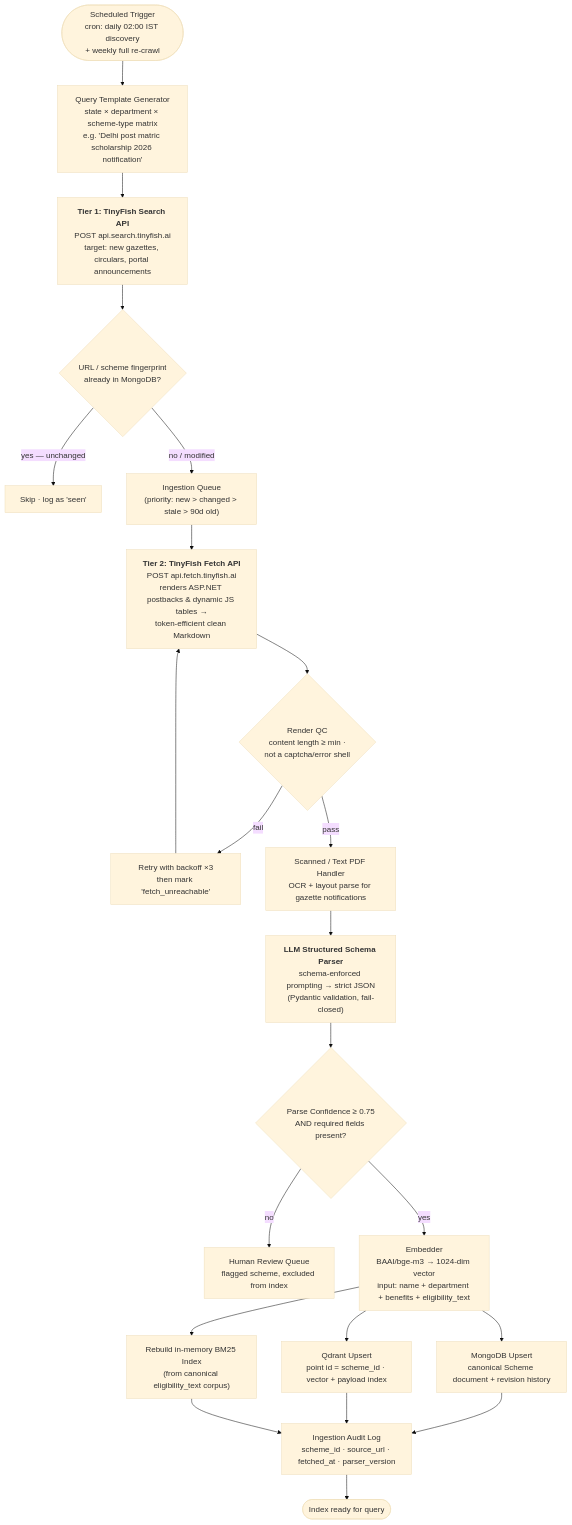
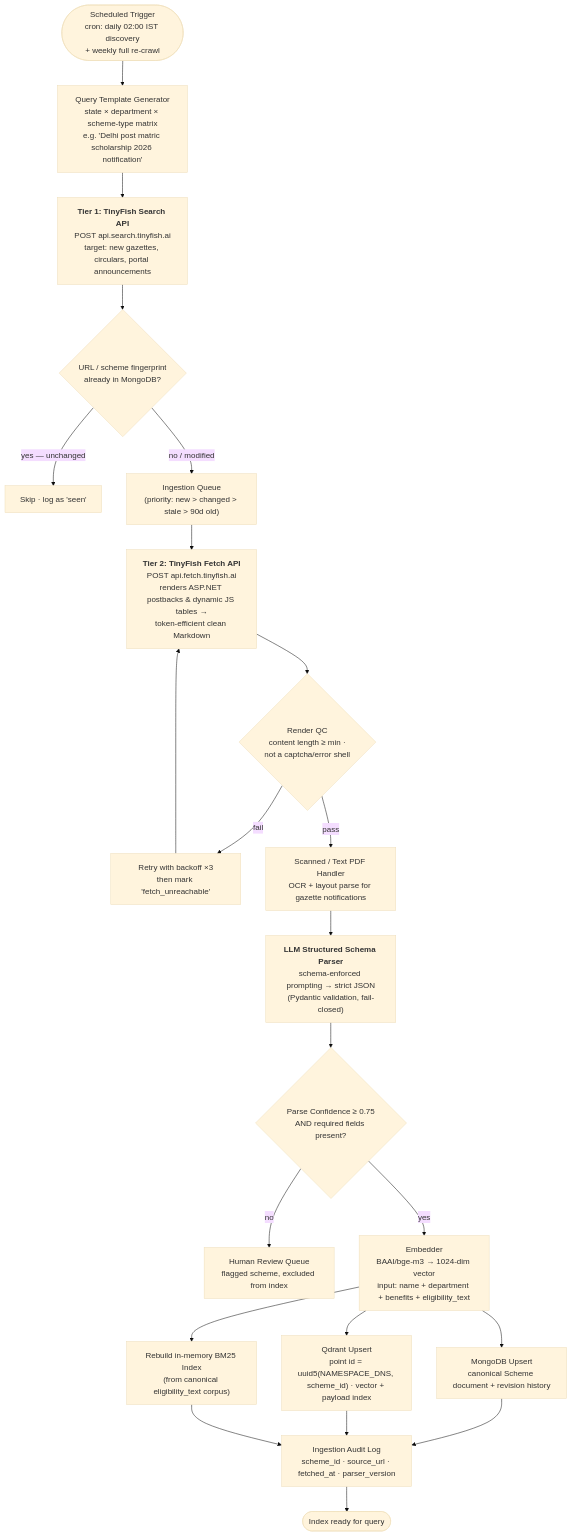
Before and after one commit to patchyevolve/schemeradar: the second of 4 diagrams in docs/ARCHITECTURE.md, drawn with Mermaid (base theme). The commit also changed other lines of this file and 6 other files, not shown here.

Commit message:
docs(spec): reconcile Qdrant point id uuid5 and lock Step 2 Gate G2

````diff
--- a/docs/ARCHITECTURE.md
+++ b/docs/ARCHITECTURE.md
@@ -118,32 +118,32 @@
 ```mermaid
 flowchart TD
     START(["Scheduled Trigger<br/>cron: daily 02:00 IST discovery<br/>+ weekly full re-crawl"]) --> QGEN["Query Template Generator<br/>state × department × scheme-type matrix<br/>e.g. 'Delhi post matric scholarship 2026 notification'"]
 
     QGEN --> TF_SEARCH["<b>Tier 1: TinyFish Search API</b><br/>POST api.search.tinyfish.ai<br/>target: new gazettes, circulars, portal announcements"]
 
     TF_SEARCH --> DEDUPE{"URL / scheme fingerprint<br/>already in MongoDB?"}
     DEDUPE -->|"yes — unchanged"| SKIP["Skip · log as 'seen'"]
     DEDUPE -->|"no / modified"| QUEUE["Ingestion Queue<br/>(priority: new > changed > stale > 90d old)"]
 
     QUEUE --> TF_FETCH["<b>Tier 2: TinyFish Fetch API</b><br/>POST api.fetch.tinyfish.ai<br/>renders ASP.NET postbacks & dynamic JS tables →<br/>token-efficient clean Markdown"]
 
     TF_FETCH --> QC1{"Render QC<br/>content length ≥ min ·<br/>not a captcha/error shell"}
     QC1 -->|"fail"| RETRY["Retry with backoff ×3<br/>then mark 'fetch_unreachable'"]
     RETRY --> TF_FETCH
     QC1 -->|"pass"| PDF["Scanned / Text PDF Handler<br/>OCR + layout parse for gazette notifications"]
 
     PDF --> LLM["<b>LLM Structured Schema Parser</b><br/>schema-enforced prompting → strict JSON<br/>(Pydantic validation, fail-closed)"]
 
     LLM --> QC2{"Parse Confidence ≥ 0.75<br/>AND required fields present?"}
     QC2 -->|"no"| REVIEW["Human Review Queue<br/>flagged scheme, excluded from index"]
     QC2 -->|"yes"| EMBED["Embedder<br/>BAAI/bge-m3 → 1024-dim vector<br/>input: name + department + benefits + eligibility_text"]
 
     EMBED --> UPSERT_M["MongoDB Upsert<br/>canonical Scheme document + revision history"]
-    EMBED --> UPSERT_Q["Qdrant Upsert<br/>point id = scheme_id · vector + payload index"]
+    EMBED --> UPSERT_Q["Qdrant Upsert<br/>point id = uuid5(NAMESPACE_DNS, scheme_id) · vector + payload index"]
     EMBED --> REBUILD["Rebuild in-memory BM25 Index<br/>(from canonical eligibility_text corpus)"]
 
     UPSERT_M --> LOG["Ingestion Audit Log<br/>scheme_id · source_url · fetched_at · parser_version"]
     UPSERT_Q --> LOG
     REBUILD --> LOG
     LOG --> DONE(["Index ready for query"])
 ```
````
